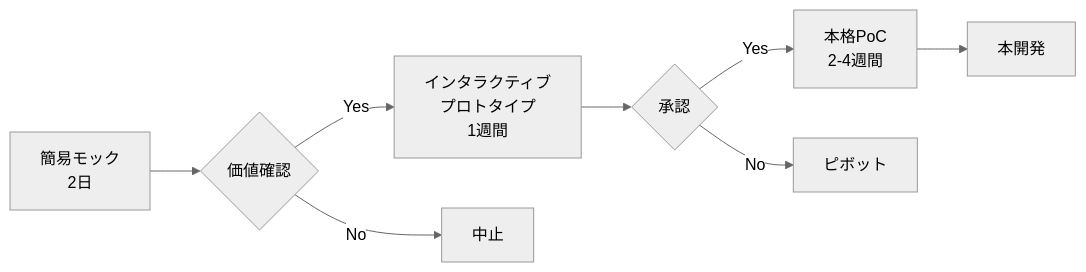
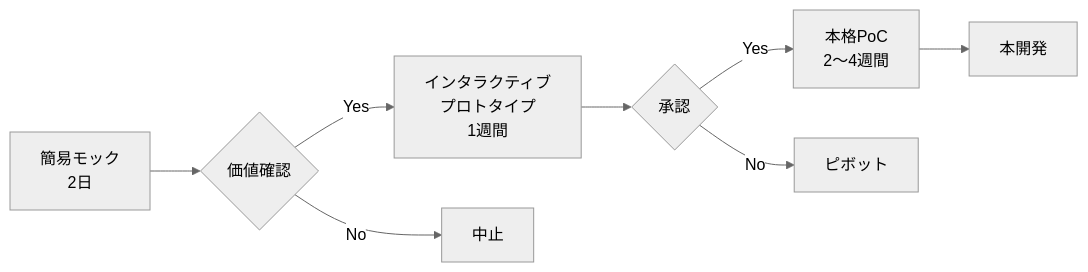
Before and after one commit to itdojp/negotiation-for-engineers-book: the diagram in negotiation-chapter-1.md, drawn with Mermaid (neutral theme). The commit also changed 8 other files, not shown here.

````diff
--- a/negotiation-chapter-1.md
+++ b/negotiation-chapter-1.md
@@ -543,10 +543,10 @@
 ```mermaid
 graph LR
     A[簡易モック<br/>2日] --> B{価値確認}
     B -->|Yes| C[インタラクティブ<br/>プロトタイプ<br/>1週間]
     B -->|No| X[中止]
     C --> D{承認}
-    D -->|Yes| E[本格PoC<br/>2-4週間]
+    D -->|Yes| E[本格PoC<br/>2〜4週間]
     D -->|No| Y[ピボット]
     E --> F[本開発]
 ```
````
